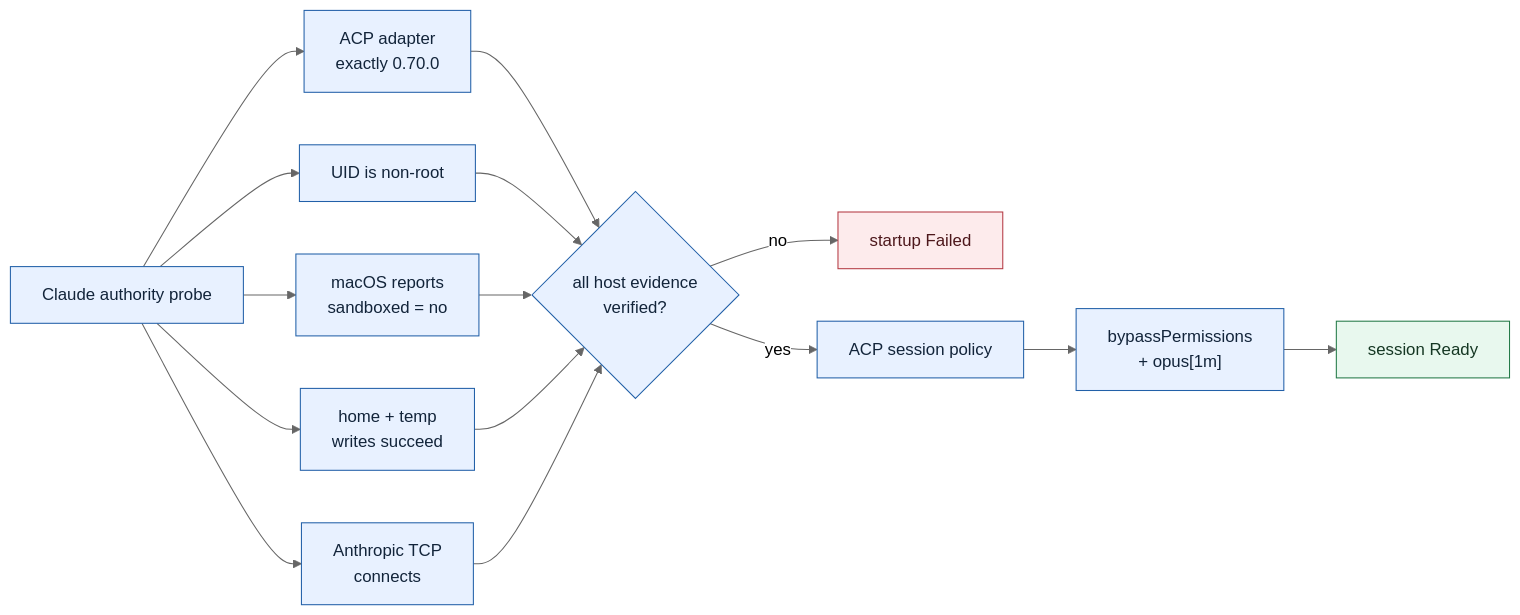
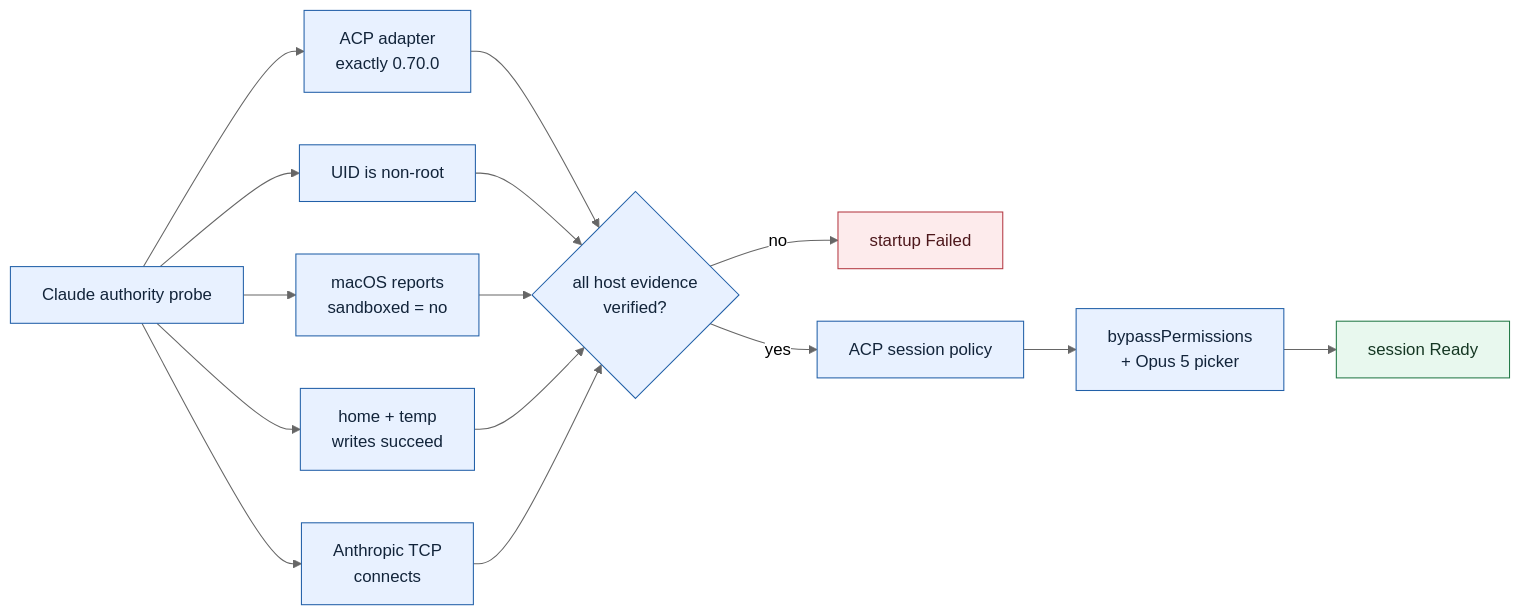
One commit to fontanierh/crab changed the diagram in v2/docs/claude-authority-flow.mmd. Above: the diagram before and after it, drawn with Mermaid (neutral theme). The commit also changed 11 other files, not shown here.

```diff
--- a/v2/docs/claude-authority-flow.mmd
+++ b/v2/docs/claude-authority-flow.mmd
@@ -1,24 +1,24 @@
 flowchart LR
     P["Claude authority probe"] --> A["ACP adapter<br/>exactly 0.70.0"]
     P --> U["UID is non-root"]
     P --> S["macOS reports<br/>sandboxed = no"]
     P --> F["home + temp<br/>writes succeed"]
     P --> N["Anthropic TCP<br/>connects"]
 
     A --> H{"all host evidence<br/>verified?"}
     U --> H
     S --> H
     F --> H
     N --> H
 
     H -->|no| X["startup Failed"]
     H -->|yes| C["ACP session policy"]
-    C --> M["bypassPermissions<br/>+ opus[1m]"]
+    C --> M["bypassPermissions<br/>+ Opus 5 picker"]
     M --> R["session Ready"]
 
     classDef input fill:#e8f1ff,stroke:#2260a8,color:#12243a;
     classDef good fill:#e8f8ee,stroke:#237a47,color:#153723;
     classDef bad fill:#fdebec,stroke:#b43a43,color:#4d171b;
     class P,A,U,S,F,N,H,C,M input;
     class R good;
     class X bad;
```
